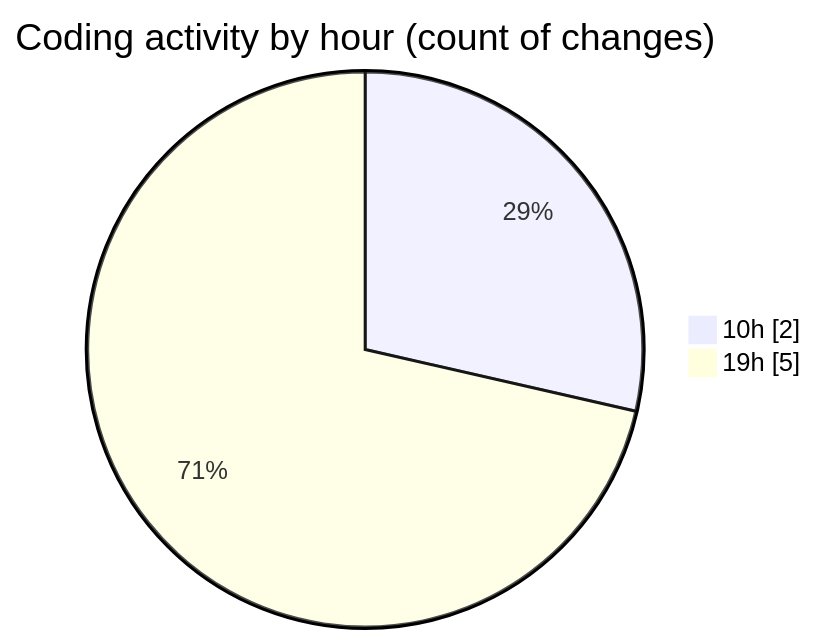
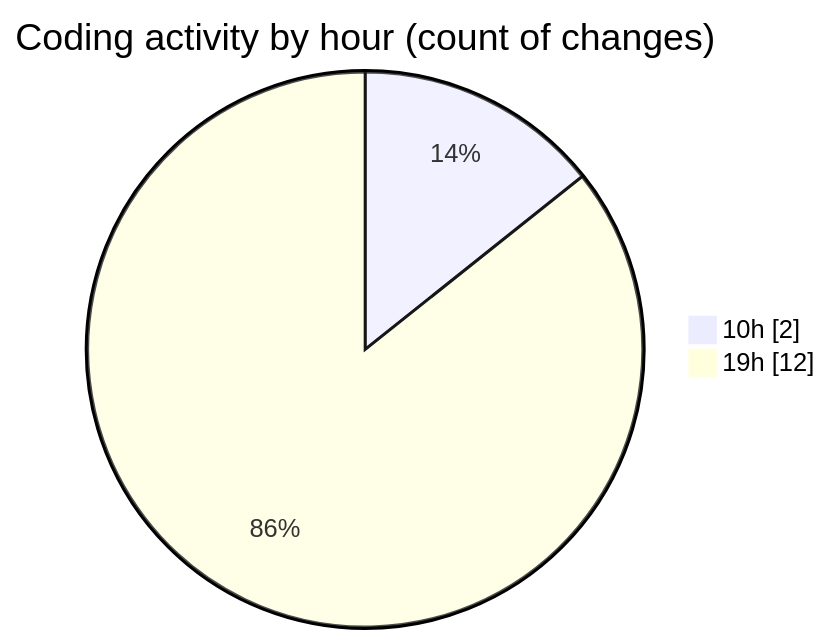
The second of 2 diagrams in 2025-05-04/myws__workspace_/README.md (MatusMokan/code-tracking), drawn with Mermaid before and after one commit. The commit also changed other lines of this file and 1 other file, not shown here.

````diff
--- a/2025-05-04/myws__workspace_/README.md
+++ b/2025-05-04/myws__workspace_/README.md
@@ -31,6 +32,6 @@
 ```mermaid
 pie showData
 title Coding activity by hour (count of changes)
 "10h" : 2
-"19h" : 5
+"19h" : 12
 ```
````
